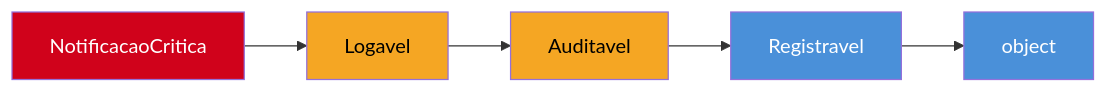
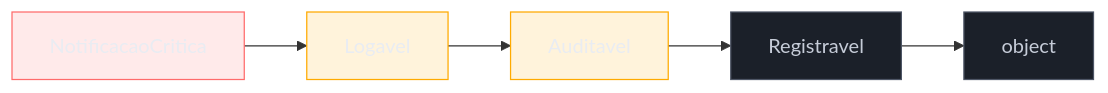
The second of 2 diagrams in 03-Dominios/Tecnologia/Python/OO e Data Model/02 - Herança e MRO.md (josenaldo/codex-technomanticus), drawn with Mermaid before and after one commit. The commit also changed other lines of this file and 1181 other files, not shown here.

First line of the commit message:
fix(diagramas): paleta do sistema no lugar de cor cravada no markdown

````diff
--- a/03-Dominios/Tecnologia/Python/OO e Data Model/02 - Herança e MRO.md
+++ b/03-Dominios/Tecnologia/Python/OO e Data Model/02 - Herança e MRO.md
@@ -258,13 +261,16 @@
 ```mermaid
 flowchart LR
+    classDef falha fill:#FF6B6B24,stroke:#FF6B6B,color:#E9ECF2
+    classDef destaque fill:#FFAA0024,stroke:#FFAA00,color:#E9ECF2
+    classDef neutro fill:#1B2029,stroke:#4E5666,color:#C6CCD8
     N["NotificacaoCritica"] --> L["Logavel"]
     L --> Au["Auditavel"]
     Au --> R["Registravel"]
     R --> O["object"]
 
-    style N fill:#D0021B,color:#fff
-    style L fill:#F5A623,color:#000
-    style Au fill:#F5A623,color:#000
-    style R fill:#4A90D9,color:#fff
-    style O fill:#4A90D9,color:#fff
+    class N falha
+    class L destaque
+    class Au destaque
+    class R neutro
+    class O neutro
 ```
````
